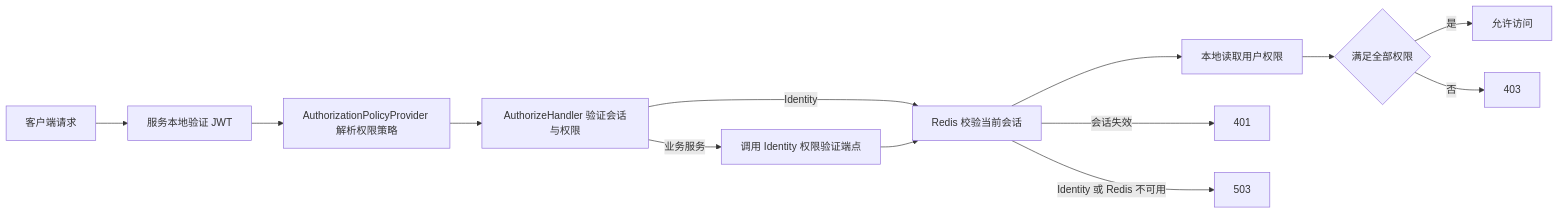
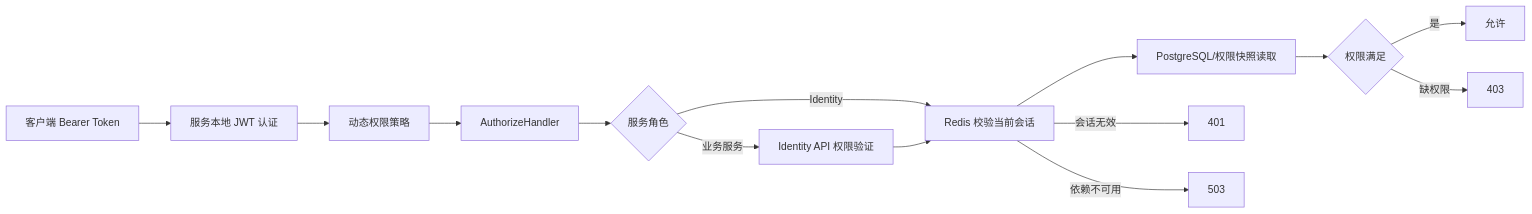
Before and after one commit to fantasy-ke/LexiCraft: the diagram in src/BuildingBlocks/BuildingBlocks.Authorization/README.md, drawn with Mermaid. The commit also changed other lines of this file and 146 other files, not shown here.

````diff
--- a/src/BuildingBlocks/BuildingBlocks.Authorization/README.md
+++ b/src/BuildingBlocks/BuildingBlocks.Authorization/README.md
@@ -12,15 +31,16 @@
 ```mermaid
 flowchart LR
-    A[客户端请求] --> B[服务本地验证 JWT]
-    B --> C[AuthorizationPolicyProvider 解析权限策略]
-    C --> D[AuthorizeHandler 验证会话与权限]
-    D -->|Identity| E[Redis 校验当前会话]
-    E --> F[本地读取用户权限]
-    D -->|业务服务| G[调用 Identity 权限验证端点]
-    G --> E
-    F --> H{满足全部权限}
-    H -->|是| I[允许访问]
-    H -->|否| J[403]
-    E -->|会话失效| K[401]
-    E -->|Identity 或 Redis 不可用| L[503]
+    A[客户端 Bearer Token] --> B[服务本地 JWT 认证]
+    B --> C[动态权限策略]
+    C --> D[AuthorizeHandler]
+    D --> E{服务角色}
+    E -->|Identity| F[Redis 校验当前会话]
+    F --> G[PostgreSQL/权限快照读取]
+    E -->|业务服务| H[Identity API 权限验证]
+    H --> F
+    G --> I{权限满足}
+    I -->|是| J[允许]
+    I -->|缺权限| K[403]
+    F -->|会话无效| L[401]
+    F -->|依赖不可用| M[503]
 ```
````
